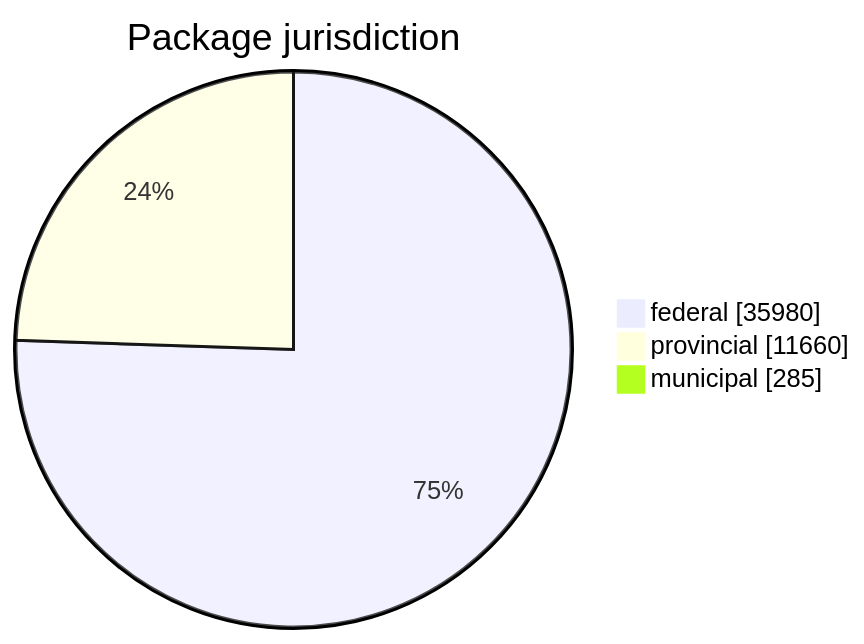
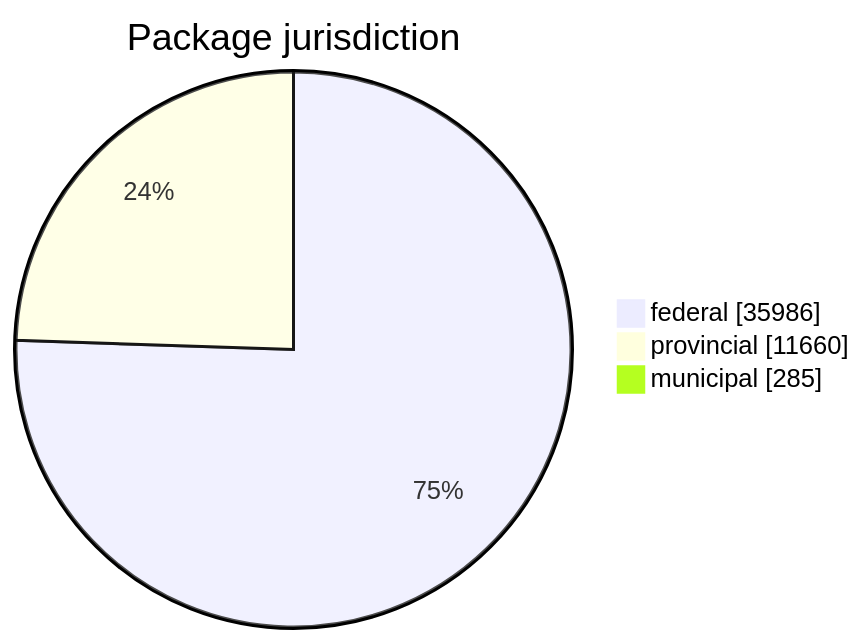
Before and after one commit to open-data/analytics-corporate-reporting: the first of 5 diagrams in FreshCheck/README.md, drawn with Mermaid. The commit also changed other lines of this file and 3 other files, not shown here.

````diff
--- a/FreshCheck/README.md
+++ b/FreshCheck/README.md
@@ -60,6 +60,6 @@
 ```mermaid
 pie showData title Package jurisdiction
-    "federal": 35980
+    "federal": 35986
     "provincial": 11660
     "municipal": 285
 ```
````
